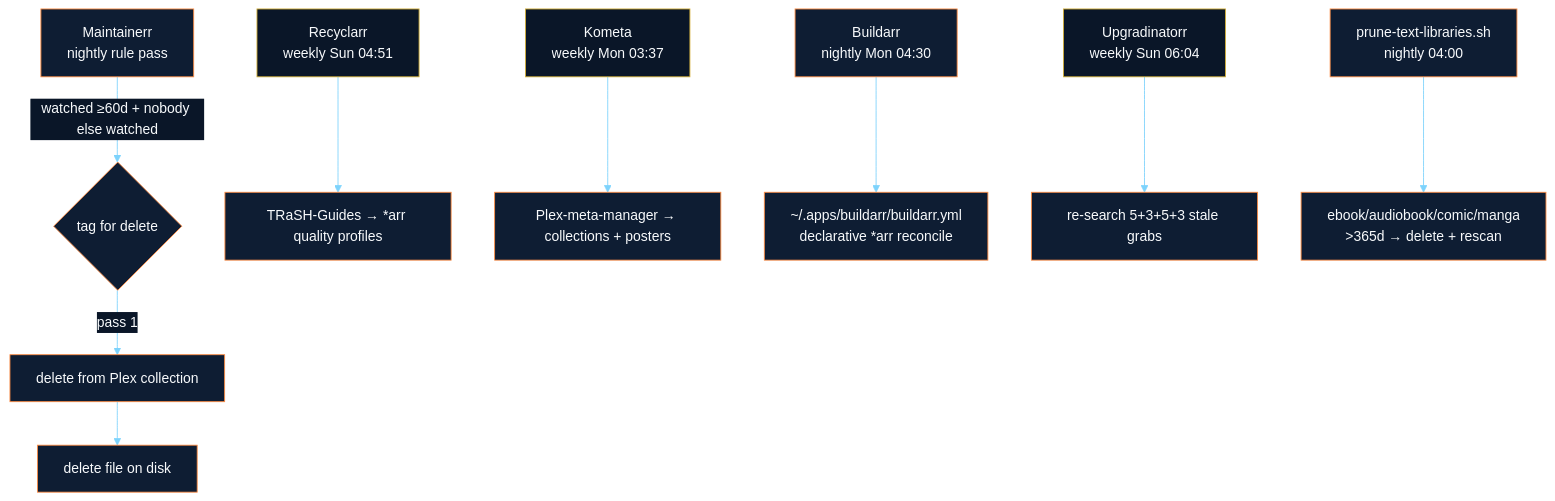
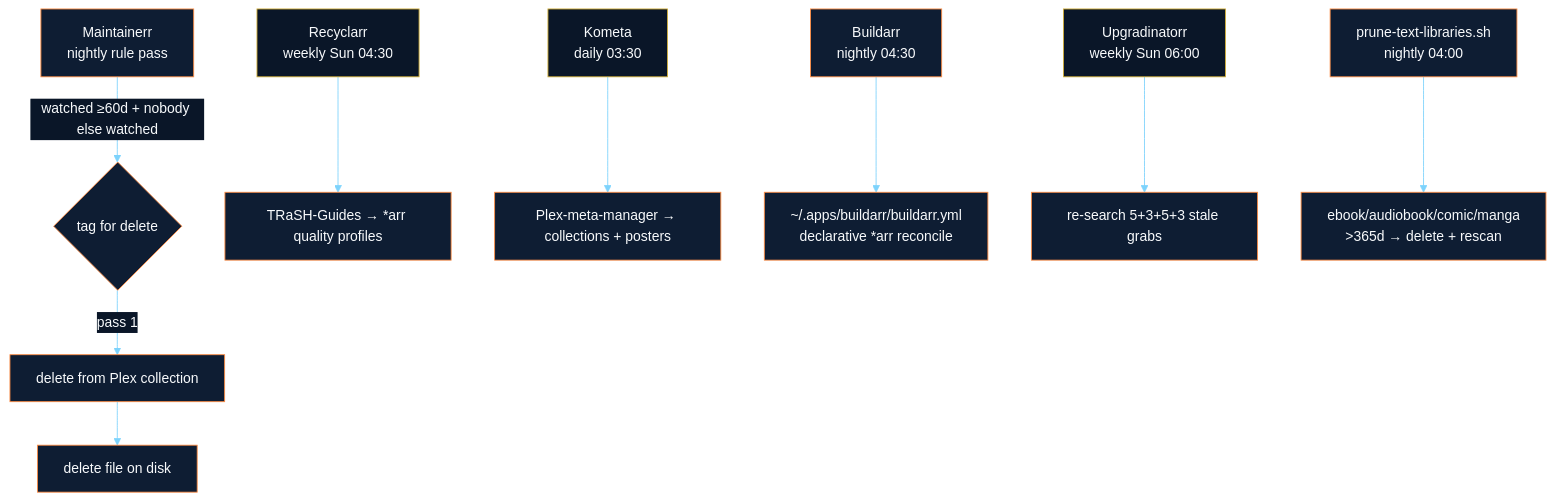
Before and after one commit to Quadstronaut/QFlix: the third of 6 diagrams in README.md, drawn with Mermaid. The commit also changed other lines of this file and 9 other files, not shown here.

````diff
--- a/README.md
+++ b/README.md
@@ -153,16 +153,16 @@
 ```mermaid
 %%{init: {'theme':'base','themeVariables':{'primaryColor':'#0e1d33','primaryTextColor':'#f8fafc','primaryBorderColor':'#ff8c42','lineColor':'#7dd3fc','secondaryColor':'#05101f','tertiaryColor':'#0a1628','clusterBkg':'#05101f','clusterBorder':'#7dd3fc','edgeLabelBackground':'#0a1628','fontFamily':'Segoe UI, Roboto, sans-serif'}}}%%
 flowchart TB
   classDef nightly fill:#0e1d33,stroke:#ff8c42,color:#f8fafc
   classDef weekly fill:#0a1628,stroke:#d4af37,color:#f8fafc
   M[Maintainerr<br/>nightly rule pass]:::nightly
   M -->|watched ≥60d + nobody else watched| del{tag for delete}
   del -->|pass 1| collDel[delete from Plex collection]
   collDel --> fileDel[delete file on disk]
 
-  R[Recyclarr<br/>weekly Sun 04:51]:::weekly --> trash[TRaSH-Guides → *arr quality profiles]
-  K[Kometa<br/>weekly Mon 03:37]:::weekly --> meta[Plex-meta-manager → collections + posters]
-  B[Buildarr<br/>nightly Mon 04:30]:::nightly --> yaml[~/.apps/buildarr/buildarr.yml<br/>declarative *arr reconcile]
-  U[Upgradinatorr<br/>weekly Sun 06:04]:::weekly --> stale[re-search 5+3+5+3 stale grabs]
+  R[Recyclarr<br/>weekly Sun 04:30]:::weekly --> trash[TRaSH-Guides → *arr quality profiles]
+  K[Kometa<br/>daily 03:30]:::weekly --> meta[Plex-meta-manager → collections + posters]
+  B[Buildarr<br/>nightly 04:30]:::nightly --> yaml[~/.apps/buildarr/buildarr.yml<br/>declarative *arr reconcile]
+  U[Upgradinatorr<br/>weekly Sun 06:00]:::weekly --> stale[re-search 5+3+5+3 stale grabs]
   PR[prune-text-libraries.sh<br/>nightly 04:00]:::nightly --> txt[ebook/audiobook/comic/manga<br/>>365d → delete + rescan]
 ```
````
